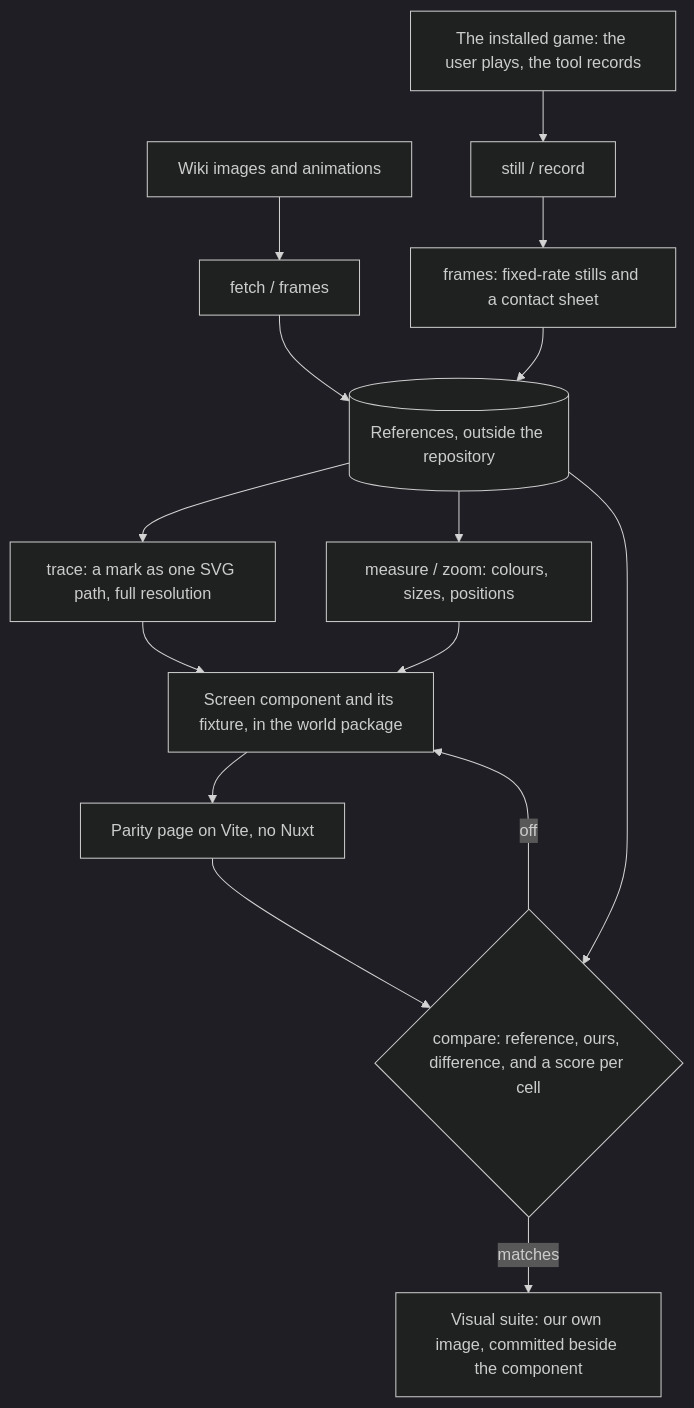
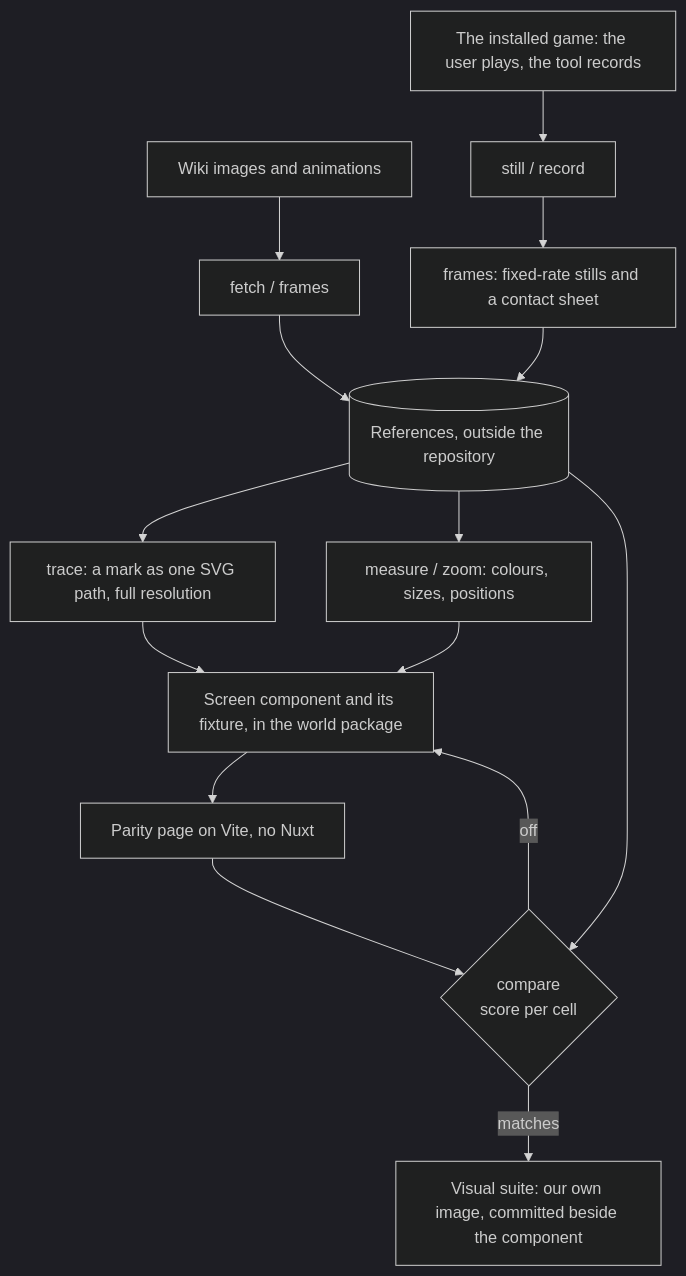
One commit to Esposter/Esposter changed the diagram in openspec/specs/genshin/parity/README.md. Above: the diagram before and after it, drawn with Mermaid (dark theme). The commit also changed 12 other files, not shown here.

````diff
--- a/openspec/specs/genshin/parity/README.md
+++ b/openspec/specs/genshin/parity/README.md
@@ -7,17 +7,17 @@
 ```mermaid
 flowchart TD
   WIKI[Wiki images and animations] --> FETCH[fetch / frames]
   GAME[The installed game: the user plays, the tool records] --> CAP[still / record]
   CAP --> FRAMES[frames: fixed-rate stills and a contact sheet]
   FETCH --> REF[(References, outside the repository)]
   FRAMES --> REF
   REF --> TRACE[trace: a mark as one SVG path, full resolution]
   TRACE --> SCREEN[Screen component and its fixture, in the world package]
   REF --> MEASURE[measure / zoom: colours, sizes, positions]
   MEASURE --> SCREEN
   SCREEN --> PAGE[Parity page on Vite, no Nuxt]
-  PAGE --> COMPARE{compare: reference, ours, difference, and a score per cell}
+  PAGE --> COMPARE{compare<br/>score per cell}
   REF --> COMPARE
   COMPARE -->|off| SCREEN
   COMPARE -->|matches| VISUAL[Visual suite: our own image, committed beside the component]
 ```
````
